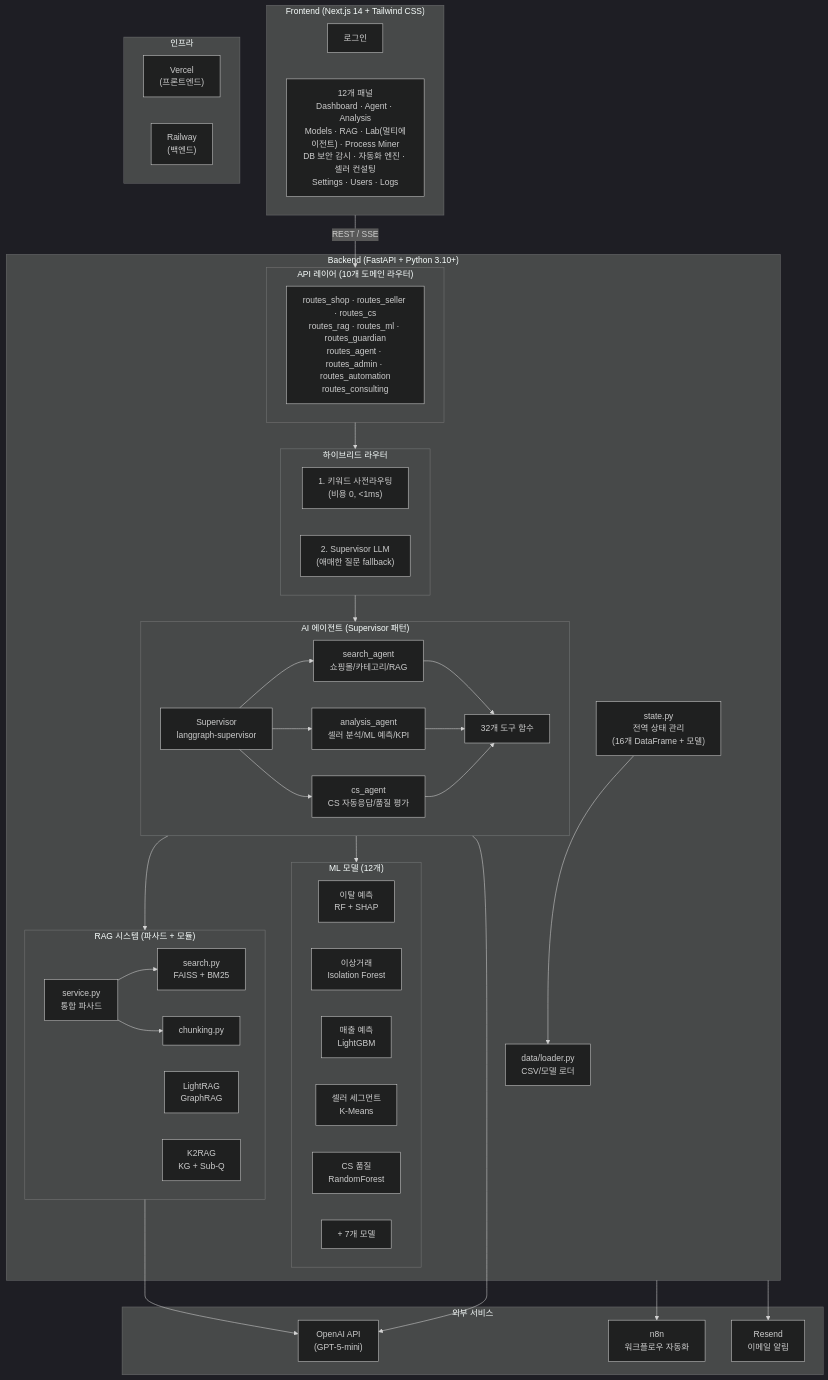
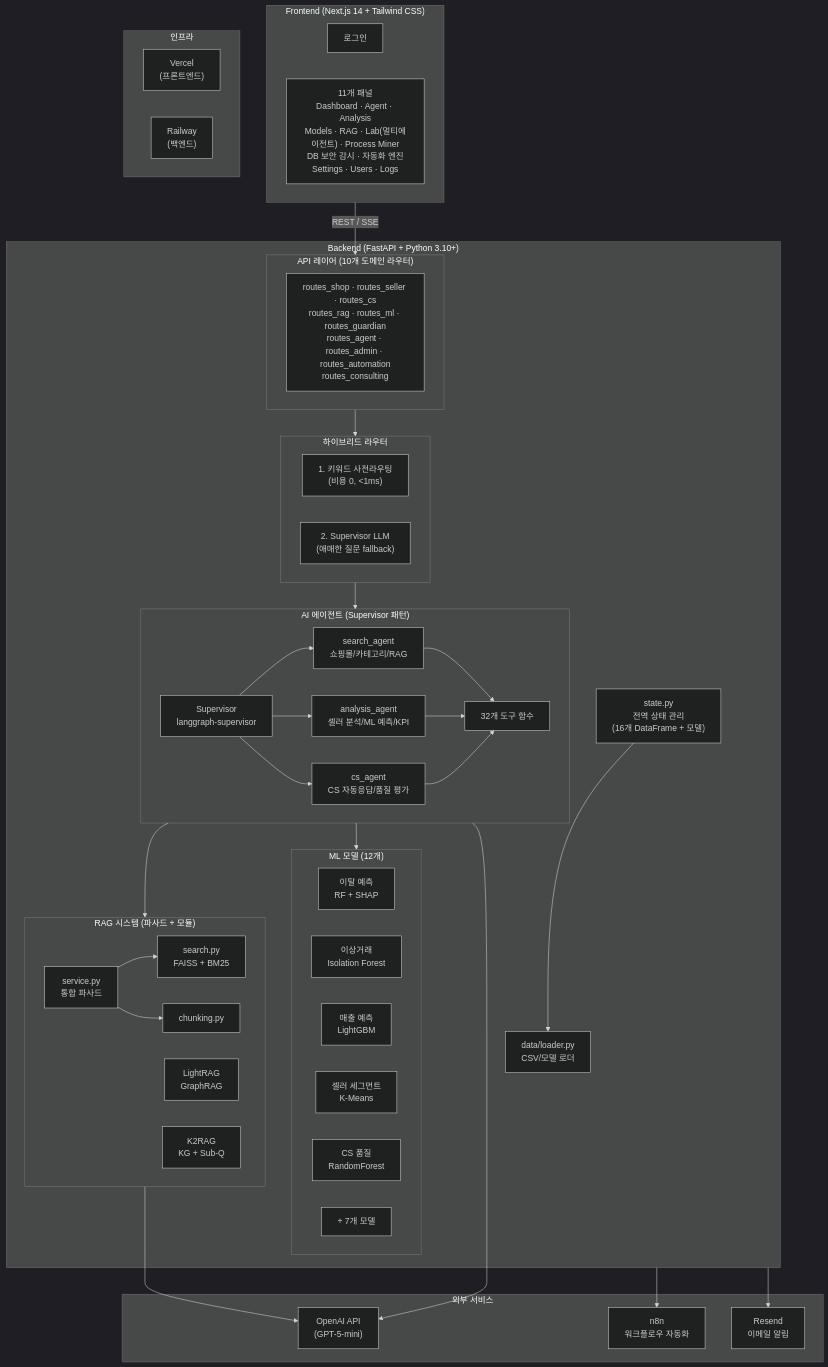
Before and after one commit to ASNGG/cafe24-demo: the first of 7 diagrams in README.md, drawn with Mermaid (dark theme). The commit also changed other lines of this file and 14 other files, not shown here.

````diff
--- a/README.md
+++ b/README.md
@@ -281,76 +187,76 @@
 ```mermaid
 flowchart TB
     subgraph Frontend["Frontend (Next.js 14 + Tailwind CSS)"]
         Login[로그인]
-        Panels["12개 패널<br/>Dashboard · Agent · Analysis<br/>Models · RAG · Lab(멀티에이전트) · Process Miner<br/>DB 보안 감시 · 자동화 엔진 · 셀러 컨설팅<br/>Settings · Users · Logs"]
+        Panels["11개 패널<br/>Dashboard · Agent · Analysis<br/>Models · RAG · Lab(멀티에이전트) · Process Miner<br/>DB 보안 감시 · 자동화 엔진<br/>Settings · Users · Logs"]
     end
 
     subgraph Backend["Backend (FastAPI + Python 3.10+)"]
         subgraph API["API 레이어 (10개 도메인 라우터)"]
             Routes["routes_shop · routes_seller · routes_cs<br/>routes_rag · routes_ml · routes_guardian<br/>routes_agent · routes_admin · routes_automation<br/>routes_consulting"]
         end
 
         subgraph Router["하이브리드 라우터"]
             R1["1. 키워드 사전라우팅<br/>(비용 0, <1ms)"]
             R2["2. Supervisor LLM<br/>(애매한 질문 fallback)"]
         end
 
         subgraph Agent["AI 에이전트 (Supervisor 패턴)"]
             Supervisor["Supervisor<br/>langgraph-supervisor"]
             SearchAgent["search_agent<br/>쇼핑몰/카테고리/RAG"]
             AnalysisAgent["analysis_agent<br/>셀러 분석/ML 예측/KPI"]
             CSAgent["cs_agent<br/>CS 자동응답/품질 평가"]
             Tools["32개 도구 함수"]
         end
 
         subgraph RAGSystem["RAG 시스템 (파사드 + 모듈)"]
             Service["service.py<br/>통합 파사드"]
             HybridRAG["search.py<br/>FAISS + BM25"]
             LightRAGNode["LightRAG<br/>GraphRAG"]
             K2RAGNode["K2RAG<br/>KG + Sub-Q"]
             Chunking["chunking.py"]
         end
 
         subgraph MLModels["ML 모델 (12개)"]
             Churn["이탈 예측<br/>RF + SHAP"]
             Fraud["이상거래<br/>Isolation Forest"]
             Revenue["매출 예측<br/>LightGBM"]
             Segment["셀러 세그먼트<br/>K-Means"]
             CSQuality["CS 품질<br/>RandomForest"]
             Others["+ 7개 모델"]
         end
 
         State["state.py<br/>전역 상태 관리<br/>(16개 DataFrame + 모델)"]
         DataLoader["data/loader.py<br/>CSV/모델 로더"]
     end
 
     subgraph External["외부 서비스"]
         OpenAI["OpenAI API<br/>(GPT-5-mini)"]
         n8n["n8n<br/>워크플로우 자동화"]
         Resend["Resend<br/>이메일 알림"]
     end
 
     subgraph Infra["인프라"]
         Vercel["Vercel<br/>(프론트엔드)"]
         Railway["Railway<br/>(백엔드)"]
     end
 
     Frontend -->|"REST / SSE"| API
     API --> Router
     Router --> Agent
     Agent --> RAGSystem
     Agent --> MLModels
     Agent --> OpenAI
     Service --> HybridRAG
     Service --> Chunking
     RAGSystem --> OpenAI
     Supervisor --> SearchAgent
     Supervisor --> AnalysisAgent
     Supervisor --> CSAgent
     SearchAgent --> Tools
     AnalysisAgent --> Tools
     CSAgent --> Tools
     Backend --> n8n
     Backend --> Resend
     State --> DataLoader
 ```
````
